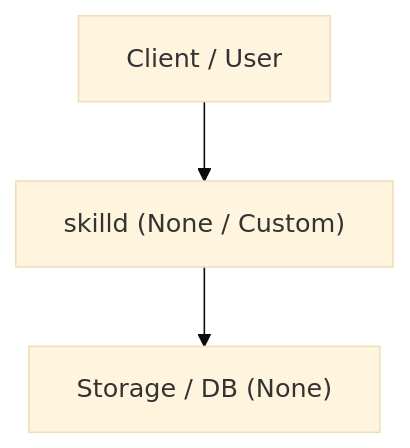
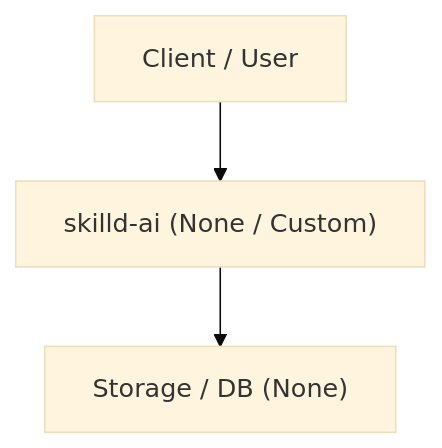
The diagram in docs/ARCHITECTURE.md (suradachk/skilld-ai), drawn with Mermaid (base theme) before and after one commit. The commit also changed other lines of this file and 12 other files, not shown here.

````diff
--- a/docs/ARCHITECTURE.md
+++ b/docs/ARCHITECTURE.md
@@ -20,5 +20,5 @@
 ```mermaid
 flowchart TD
-    Client["Client / User"] --> App["skilld (None / Custom)"]
+    Client["Client / User"] --> App["skilld-ai (None / Custom)"]
     App --> Data["Storage / DB (None)"]
 ```
````
